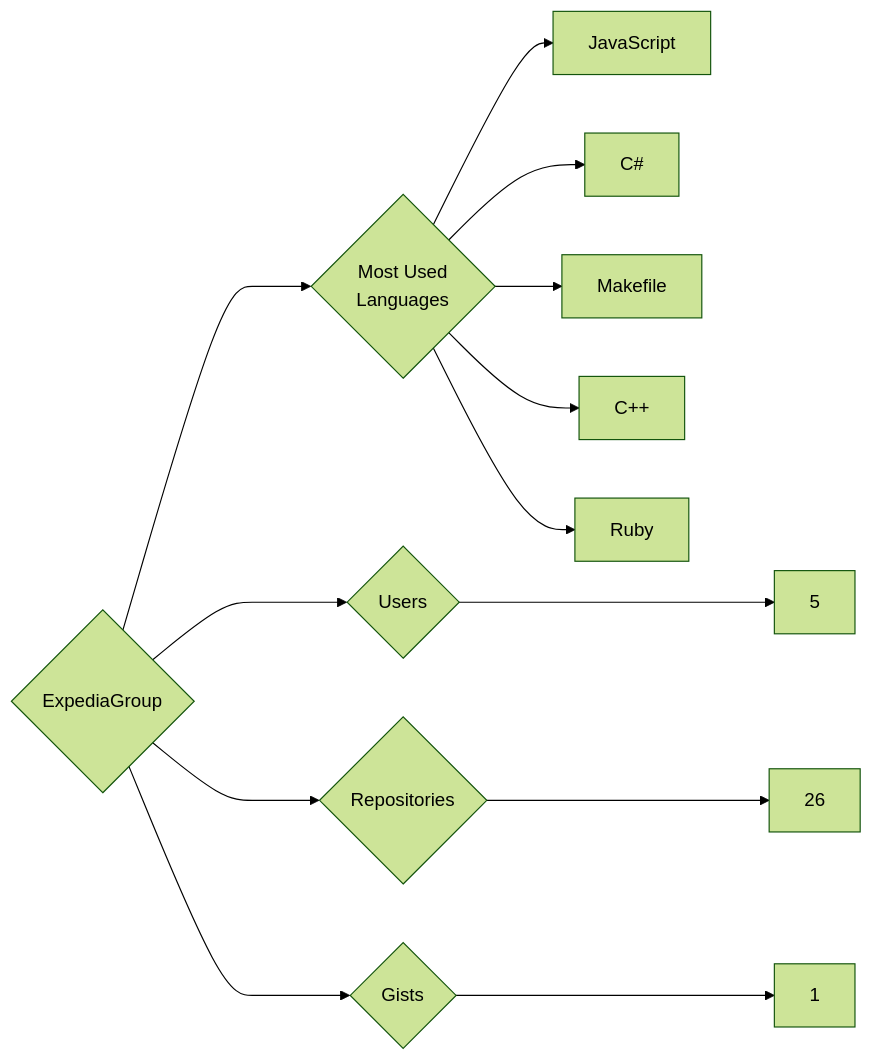
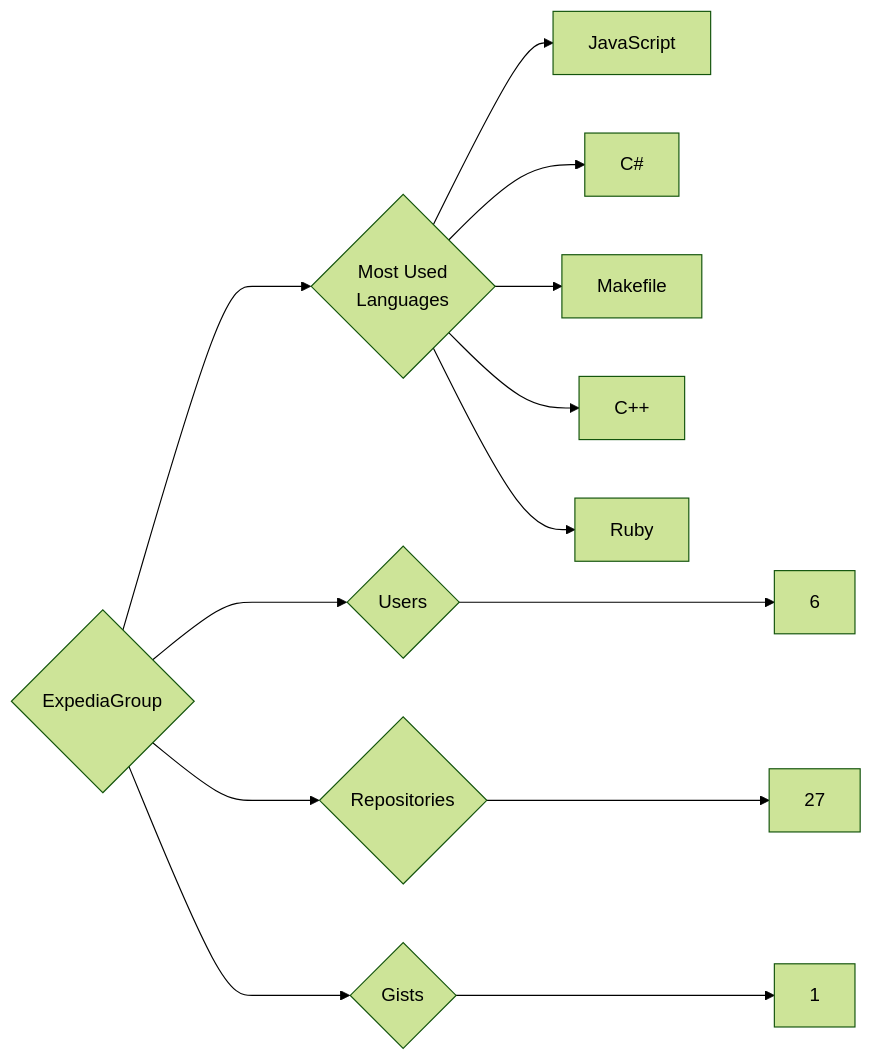
Before and after one commit to trickest/insiders: the diagram in targets/ExpediaGroup/README.md, drawn with Mermaid (forest theme). The commit also changed 942 other files, not shown here.

````diff
--- a/targets/ExpediaGroup/README.md
+++ b/targets/ExpediaGroup/README.md
@@ -3,13 +3,13 @@
 ```mermaid
 graph LR
 COMPANY_NAME{ExpediaGroup}
-COMPANY_NAME ---> U{Users} ---> UN[5]
-COMPANY_NAME ---> R{Repositories} ---> RN[26]
+COMPANY_NAME ---> U{Users} ---> UN[6]
+COMPANY_NAME ---> R{Repositories} ---> RN[27]
 COMPANY_NAME ---> G{Gists} ---> GN[1]
 COMPANY_NAME ---> ML{Most Used<br>Languages}
 ML --> JavaScript[JavaScript]
 ML --> C#[C#]
 ML --> Makefile[Makefile]
 ML --> C++[C++]
 ML --> Ruby[Ruby]
 ```
````
